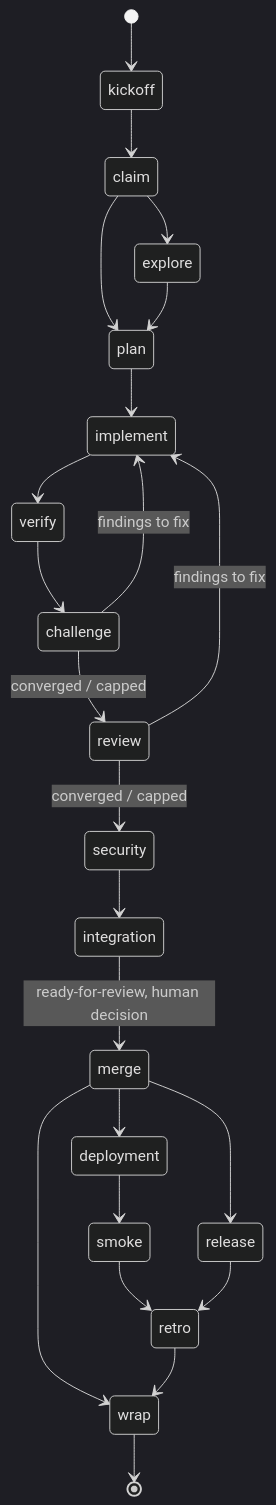
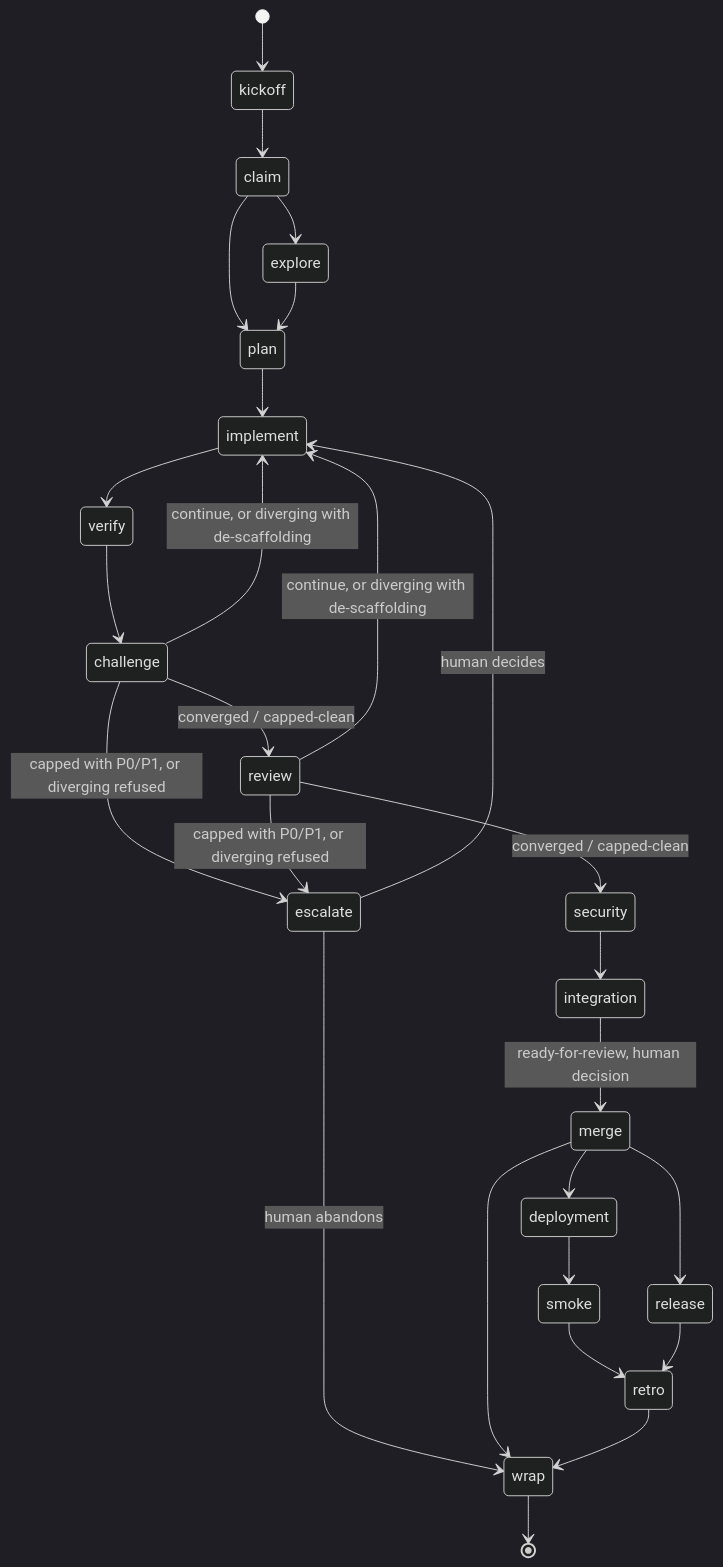
Before and after one commit to evanharmon1/harmon-devkit: the second of 2 diagrams in docs/product/domain.md, drawn with Mermaid (dark theme). The commit also changed other lines of this file and 2 other files, not shown here.

Commit message:
docs(specs): harden Dev flow v2 after challenge round 1
Challenge round 1 adjudicated 12 P1 + 4 P2, all fixed in place:
merge-base resolution for self-modified policy; only current-head
rounds satisfy converged; provenance and fingerprints anchored by
git blame at reviewed_head; normative predicate precedence and a
zero-P0/P1 precondition on converged; per-rigor convergence overrides
tighten only; role writes enforced by tool allowlists and broker
scripts with brokers-only disclosed; evidence keyed by run_id,
secret-scanned before posting, and authenticated by id/author/digest
on read; lifecycle diagram gains capped-clean and escalate; envelope
carries immutable run identity only; post-ready transitions derived
from the GitHub timeline.

Refs #633

Claude-Session: https://claude.ai/code/session_01E7UvZ3SebA3gfYSx1gMHxp

````diff
--- a/docs/product/domain.md
+++ b/docs/product/domain.md
@@ -55,25 +55,29 @@
 ```mermaid
 stateDiagram-v2
     [*] --> kickoff
     kickoff --> claim
     claim --> explore
     claim --> plan
     explore --> plan
     plan --> implement
     implement --> verify
     verify --> challenge
-    challenge --> implement : findings to fix
-    challenge --> review : converged / capped
-    review --> implement : findings to fix
-    review --> security : converged / capped
+    challenge --> implement : continue, or diverging with de-scaffolding
+    challenge --> review : converged / capped-clean
+    challenge --> escalate : capped with P0/P1, or diverging refused
+    review --> implement : continue, or diverging with de-scaffolding
+    review --> security : converged / capped-clean
+    review --> escalate : capped with P0/P1, or diverging refused
+    escalate --> implement : human decides
+    escalate --> wrap : human abandons
     security --> integration
     integration --> merge : ready-for-review, human decision
     merge --> deployment
     merge --> release
     deployment --> smoke
     smoke --> retro
     release --> retro
     merge --> wrap
     retro --> wrap
     wrap --> [*]
 ```
````
